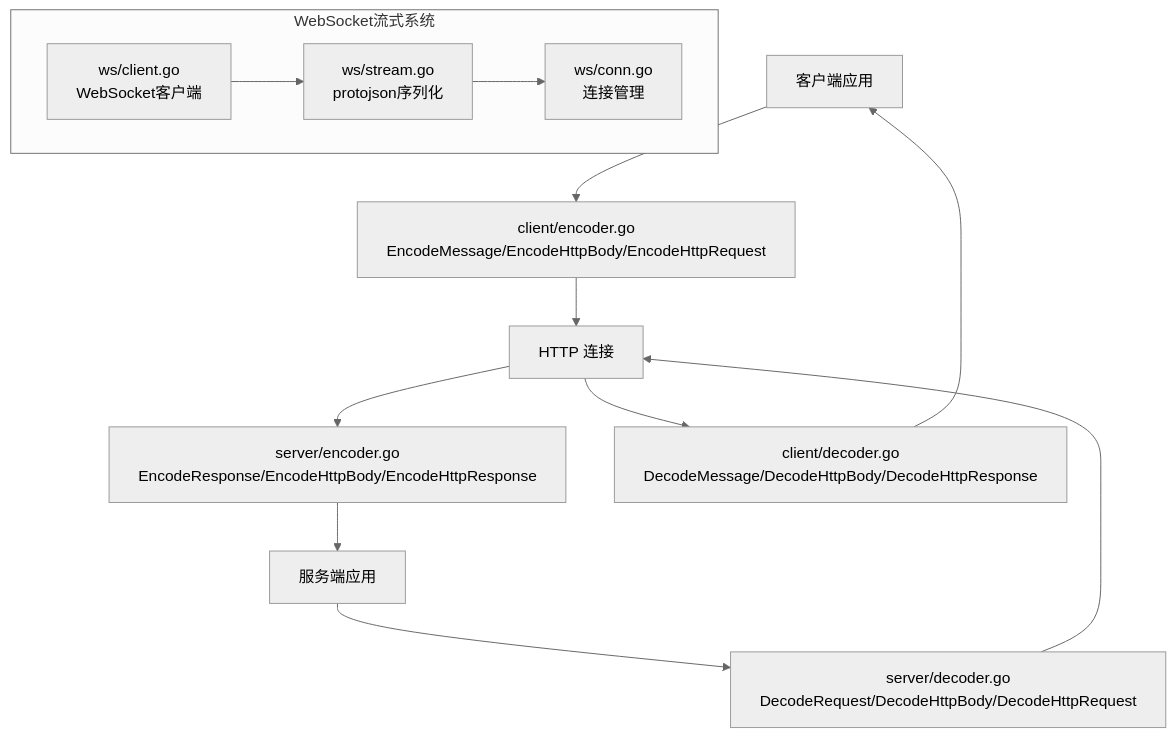
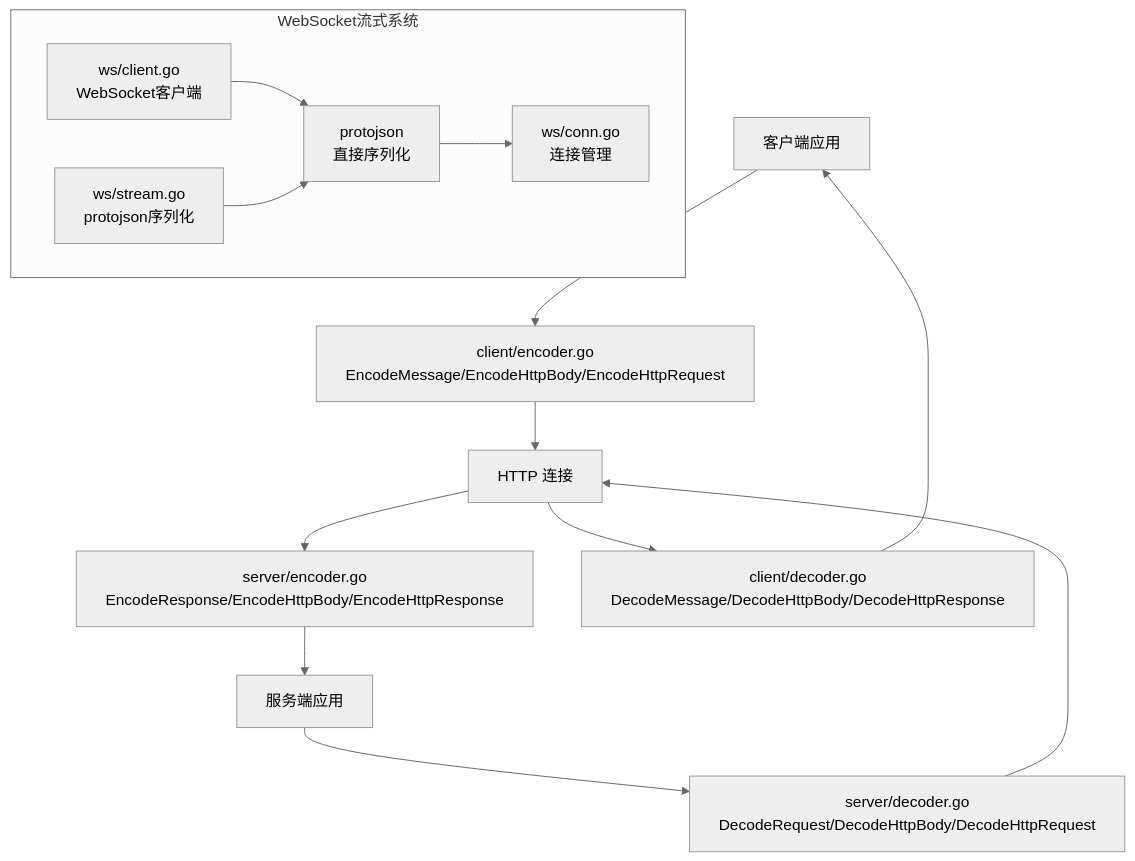
The second of 11 diagrams in .agents/repowiki/zh/content/HTTP 服务器框架/编解码器系统.md (soyacen/goose), drawn with Mermaid (neutral theme) before and after one commit. The commit also changed other lines of this file and 8 other files, not shown here.

````diff
--- a/.agents/repowiki/zh/content/HTTP 服务器框架/编解码器系统.md
+++ b/.agents/repowiki/zh/content/HTTP 服务器框架/编解码器系统.md
@@ -169,18 +171,20 @@
 ```mermaid
 graph TB
 Client["客户端应用"] --> CE["client/encoder.go<br/>EncodeMessage/EncodeHttpBody/EncodeHttpRequest"]
 CE --> Net["HTTP 连接"]
 Net --> SE["server/encoder.go<br/>EncodeResponse/EncodeHttpBody/EncodeHttpResponse"]
 SE --> Server["服务端应用"]
 Server --> SD["server/decoder.go<br/>DecodeRequest/DecodeHttpBody/DecodeHttpRequest"]
 SD --> Net
 Net --> CD["client/decoder.go<br/>DecodeMessage/DecodeHttpBody/DecodeHttpResponse"]
 CD --> Client
 subgraph "WebSocket流式系统"
 WS_Client["ws/client.go<br/>WebSocket客户端"]
 WS_Stream["ws/stream.go<br/>protojson序列化"]
 WS_Conn["ws/conn.go<br/>连接管理"]
-WS_Client --> WS_Stream
-WS_Stream --> WS_Conn
+ProtoJSON["protojson<br/>直接序列化"]
+WS_Client --> ProtoJSON
+WS_Stream --> ProtoJSON
+ProtoJSON --> WS_Conn
 end
 ```
````
